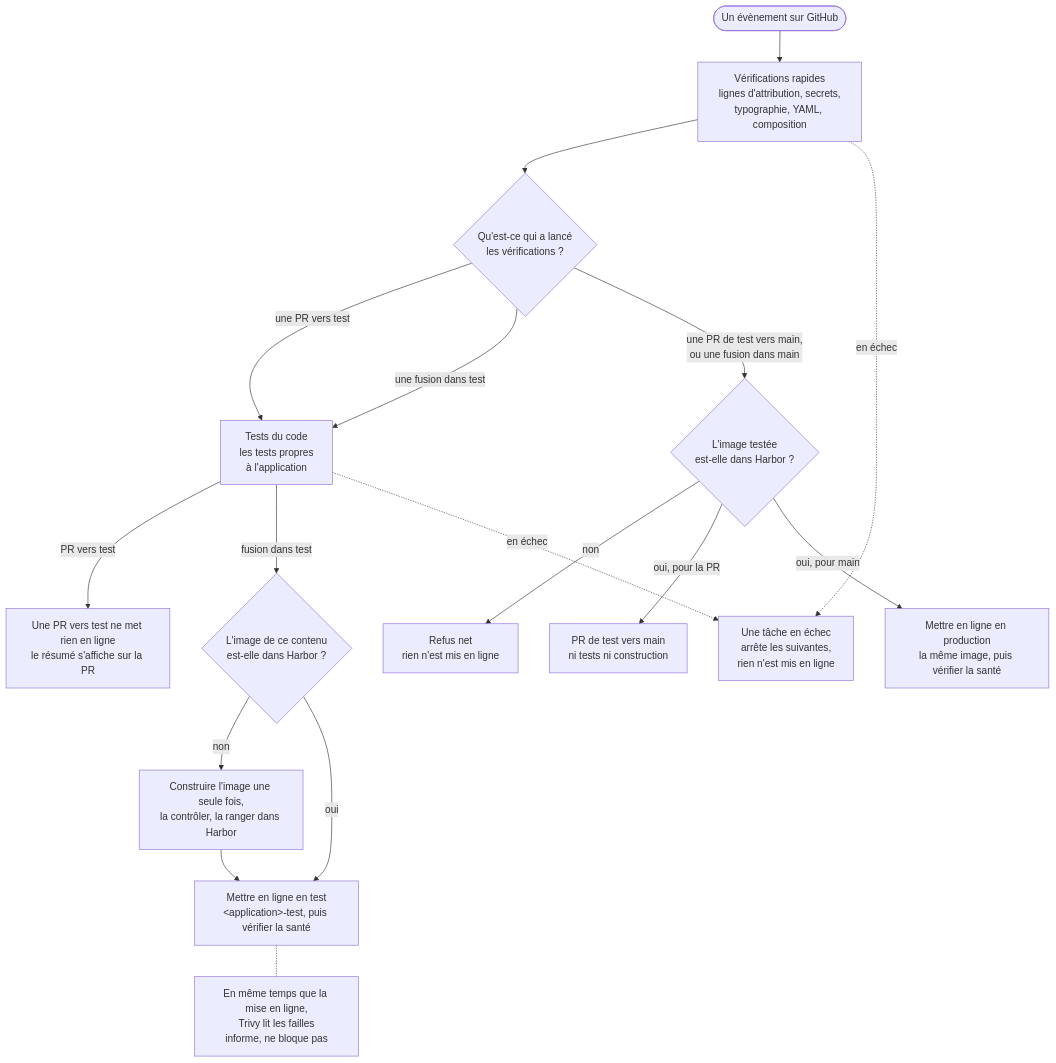
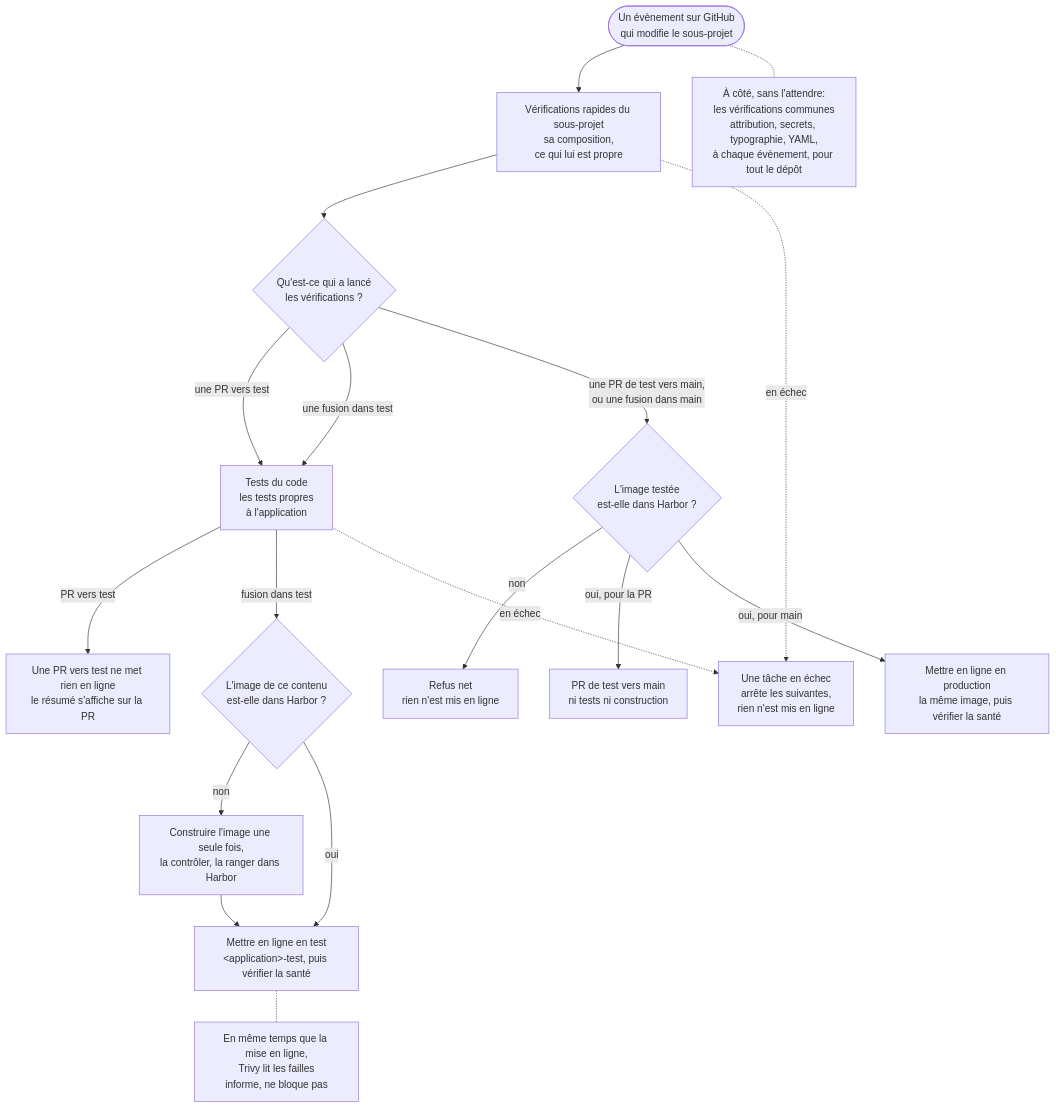
The diagram in docs/schemas/04-les-verifications-automatiques.mmd (oscar-organisation/oscar-general-gouvernance-project), drawn with Mermaid before and after one commit. The commit also changed 16 other files, not shown here.

First line of the commit message:
Un workflow par sous-projet: vérifications communes, portail et guide

```diff
--- a/docs/schemas/04-les-verifications-automatiques.mmd
+++ b/docs/schemas/04-les-verifications-automatiques.mmd
@@ -1,35 +1,39 @@
 %% Les vérifications automatiques: leurs tâches, et ce qui se passe selon l'évènement.
 %% Source de 04-les-verifications-automatiques.svg. L'image ne se retouche jamais à la main.
 %% Après une modification, depuis la racine du dépôt:
 %%   docker compose -f docs/outils/compose.yaml run --rm schemas
 %% Depuis le 04/10/2026 (plan 17): le déploiement automatique commun par image de Harbor.
+%% Depuis le 05/10/2026 (décisions 124 et 125): le workflow d'un sous-projet, lancé quand
+%% un évènement le modifie; à côté, sans l'attendre, les vérifications communes du dépôt.
 flowchart TB
-  evenement(["Un évènement sur GitHub"])
-  rapides["Vérifications rapides<br>lignes d'attribution, secrets,<br>typographie, YAML, composition"]
+  evenement(["Un évènement sur GitHub<br>qui modifie le sous-projet"])
+  communes["À côté, sans l'attendre:<br>les vérifications communes<br>attribution, secrets, typographie, YAML,<br>à chaque évènement, pour tout le dépôt"]:::discret
+  rapides["Vérifications rapides du sous-projet<br>sa composition,<br>ce qui lui est propre"]
   quoi{"Qu'est-ce qui a lancé<br>les vérifications ?"}
   tests["Tests du code<br>les tests propres<br>à l'application"]
   pr["Une PR vers test ne met rien en ligne<br>le résumé s'affiche sur la PR"]:::discret
   existe{"L'image de ce contenu<br>est-elle dans Harbor ?"}
   construire["Construire l'image une seule fois,<br>la contrôler, la ranger dans Harbor"]
   trivy["En même temps que la mise en ligne,<br>Trivy lit les failles<br>informe, ne bloque pas"]:::discret
   enligne["Mettre en ligne en test<br>#lt;application#gt;-test, puis vérifier la santé"]
   testee{"L'image testée<br>est-elle dans Harbor ?"}:::accent
   refus["Refus net<br>rien n'est mis en ligne"]:::attention
   prtest["PR de test vers main<br>ni tests ni construction"]:::discret
   enprod["Mettre en ligne en production<br>la même image, puis vérifier la santé"]
   echec["Une tâche en échec<br>arrête les suivantes,<br>rien n'est mis en ligne"]:::attention
 
   evenement --> rapides --> quoi
+  evenement -.- communes
   quoi -- "une PR vers test" --> tests
   tests -- "PR vers test" --> pr
   quoi -- "une fusion dans test" --> tests
   tests -- "fusion dans test" --> existe
   existe -- "non" --> construire --> enligne
   existe -- "oui" --> enligne
   enligne -.- trivy
   quoi -- "une PR de test vers main,<br>ou une fusion dans main" --> testee
   testee -- "non" --> refus
   testee -- "oui, pour la PR" --> prtest
   testee -- "oui, pour main" --> enprod
   rapides -. "en échec" .-> echec
   tests -. "en échec" .-> echec
```
